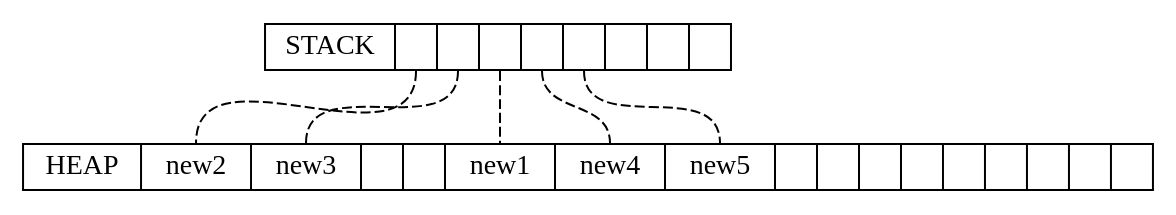
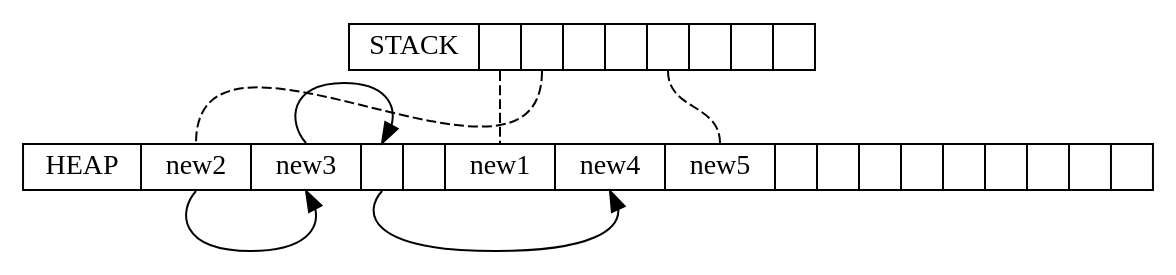
Diagram 12 of 13 in blog/modules/ROOT/pages/6-garbage-collector-perf.adoc (com-lihaoyi/mill), drawn with Graphviz before and after one commit. The commit also changed other lines of this file, not shown here.

````diff
--- a/blog/modules/ROOT/pages/6-garbage-collector-perf.adoc
+++ b/blog/modules/ROOT/pages/6-garbage-collector-perf.adoc
@@ -365,14 +359,15 @@
 ```graphviz
 digraph G {
 
   node [shape=box width=0 height=0 style=filled fillcolor=white]
   heap [shape=record label="HEAP | <f0> new2 | <f1> new3 | <f2>  | <f3>  | <f4> new1 | <f5> new4 | <f6> new5 | <f7> | <f8> | <f9> | <f10> | <f11> | <f12> | <f13> | <f14> | <f15>"]
 
   stack [shape=record label="STACK | <f0> | <f1> | <f2> | <f3> | <f4> | <f5> | <f6> | <f7> "]
-  stack:f0 -> heap:f0 [dir=none, style=dashed]
-  stack:f1 -> heap:f1 [dir=none, style=dashed]
-  stack:f2 -> heap:f4 [dir=none, style=dashed]
-  stack:f3 -> heap:f5 [dir=none, style=dashed]
+  stack:f0 -> heap:f4 [dir=none, style=dashed]
+  stack:f1 -> heap:f0 [dir=none, style=dashed]
+  heap:f0:s -> heap:f1:s
+  heap:f1:n -> heap:f2:n
+  heap:f2:s -> heap:f5:s
   stack:f4 -> heap:f6 [dir=none, style=dashed]
 }
 ```
````
